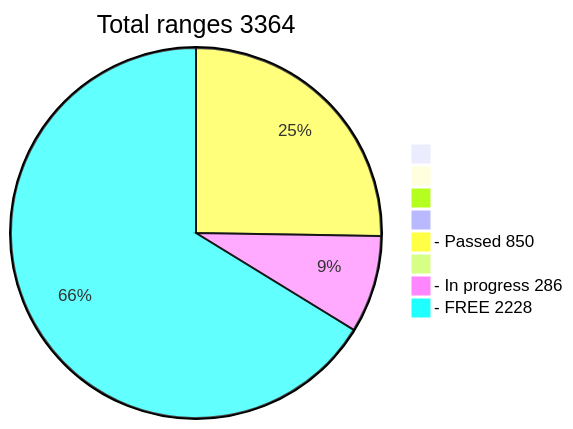
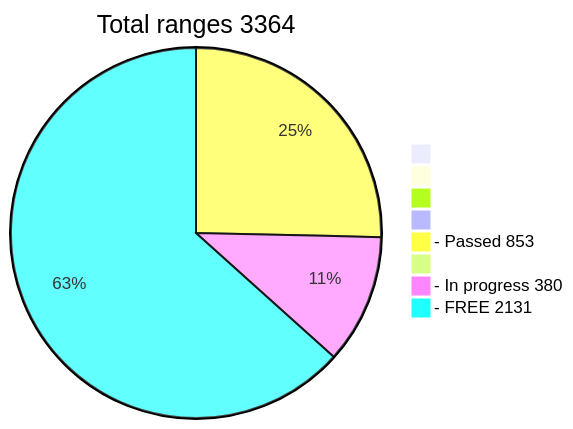
One commit to phrutis/wif500 changed the diagram in README.md. Above: the diagram before and after it, drawn with Mermaid.

````diff
--- a/README.md
+++ b/README.md
@@ -16,11 +16,11 @@
 ```mermaid
 pie title Total ranges 3364
              " " : 0
             "  " : 0
            "   " : 0
           "    " : 0
-  "- Passed 850" : 850
+  "- Passed 853" : 853
          "     " : 0
-  "- In progress 286" : 286
-   "- FREE 2228" : 2228
+  "- In progress 380" : 380
+   "- FREE 2131" : 2131
 ```
````
